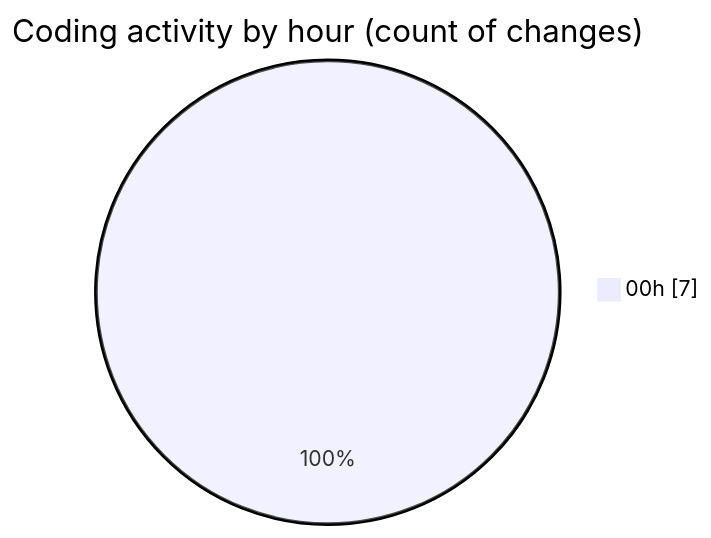
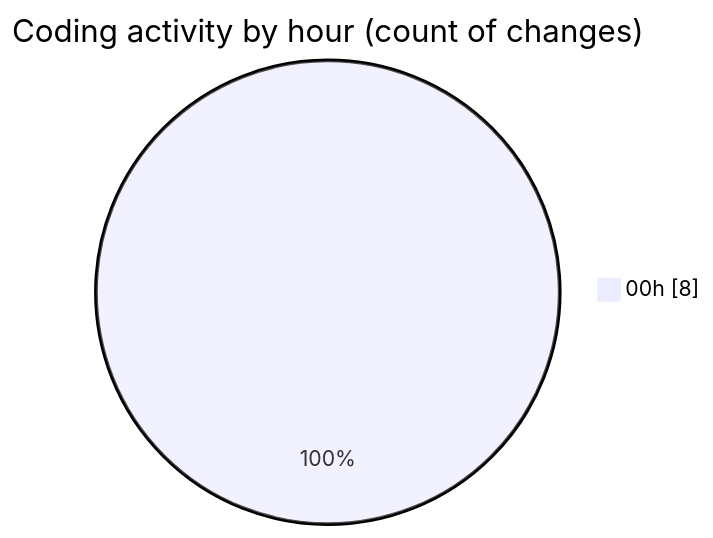
The second of 2 diagrams in 2025-05-18/niten/README.md (Elitesun/code-tracking), drawn with Mermaid before and after one commit. The commit also changed other lines of this file and 1 other file, not shown here.

````diff
--- a/2025-05-18/niten/README.md
+++ b/2025-05-18/niten/README.md
@@ -32,5 +32,5 @@
 ```mermaid
 pie showData
 title Coding activity by hour (count of changes)
-"00h" : 7
+"00h" : 8
 ```
````
